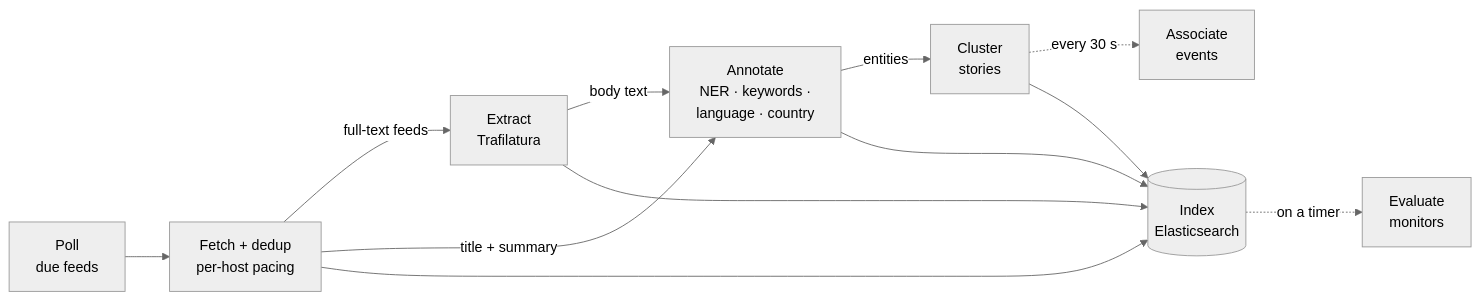
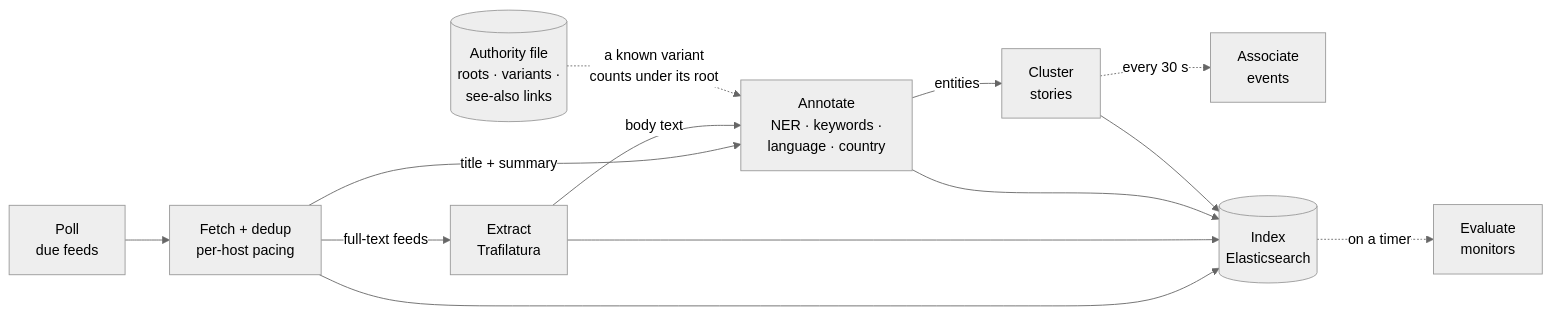
The second of 2 diagrams in README.md (itheCreator1/newsintel), drawn with Mermaid (neutral theme) before and after one commit. The commit also changed other lines of this file and 10 other files, not shown here.

First line of the commit message:
docs(readme): new screenshots, the authority file, and updated diagrams

````diff
--- a/README.md
+++ b/README.md
@@ -91,16 +94,18 @@
 ```mermaid
 flowchart LR
     poll["Poll<br/>due feeds"] --> fetch["Fetch + dedup<br/>per-host pacing"]
     fetch -- "full-text feeds" --> extract["Extract<br/>Trafilatura"]
     fetch -- "title + summary" --> nlp["Annotate<br/>NER · keywords ·<br/>language · country"]
     extract -- "body text" --> nlp
+    authority[("Authority file<br/>roots · variants ·<br/>see-also links")]
+    authority -. "a known variant<br/>counts under its root" .-> nlp
     nlp -- "entities" --> cluster["Cluster<br/>stories"]
     cluster -. "every 30 s" .-> events["Associate<br/>events"]
 
     fetch --> index[("Index<br/>Elasticsearch")]
     extract --> index
     nlp --> index
     cluster --> index
 
     index -. "on a timer" .-> monitors["Evaluate<br/>monitors"]
 ```
````
